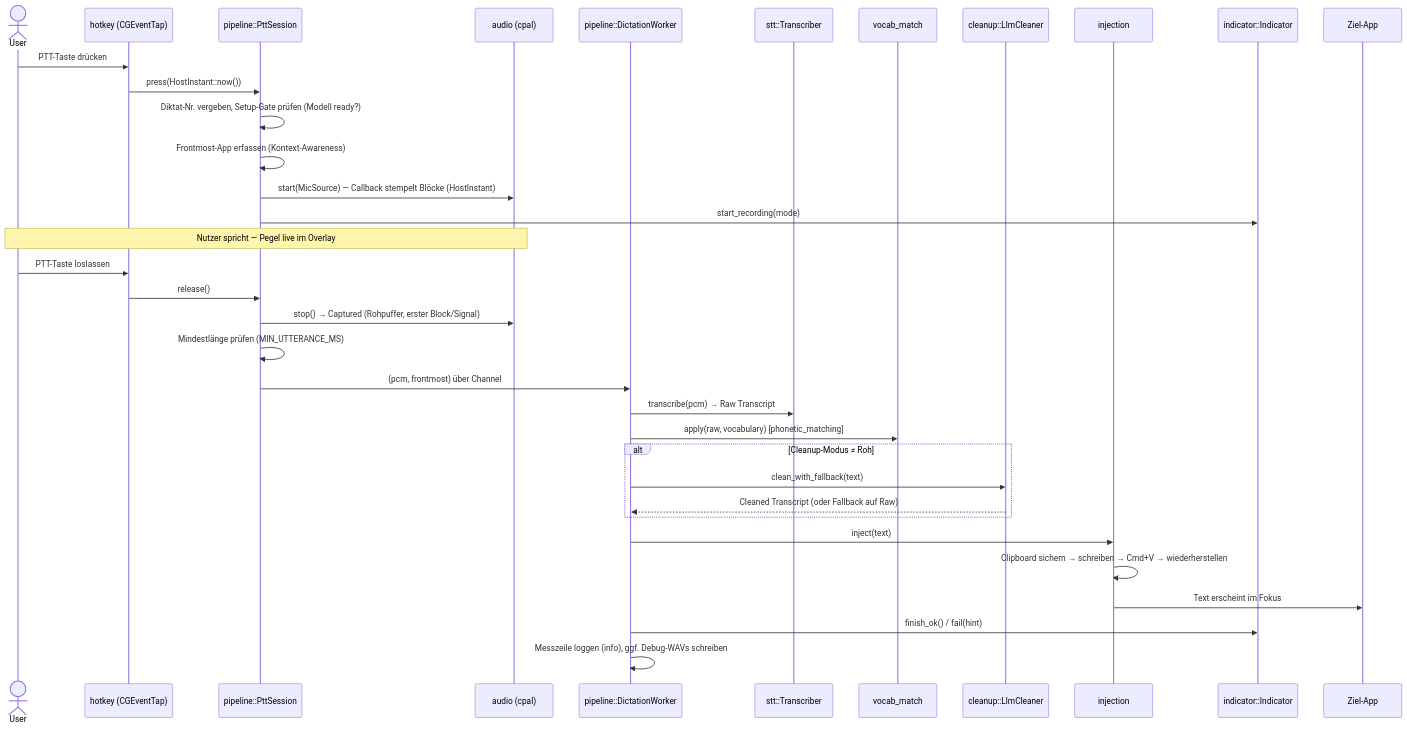
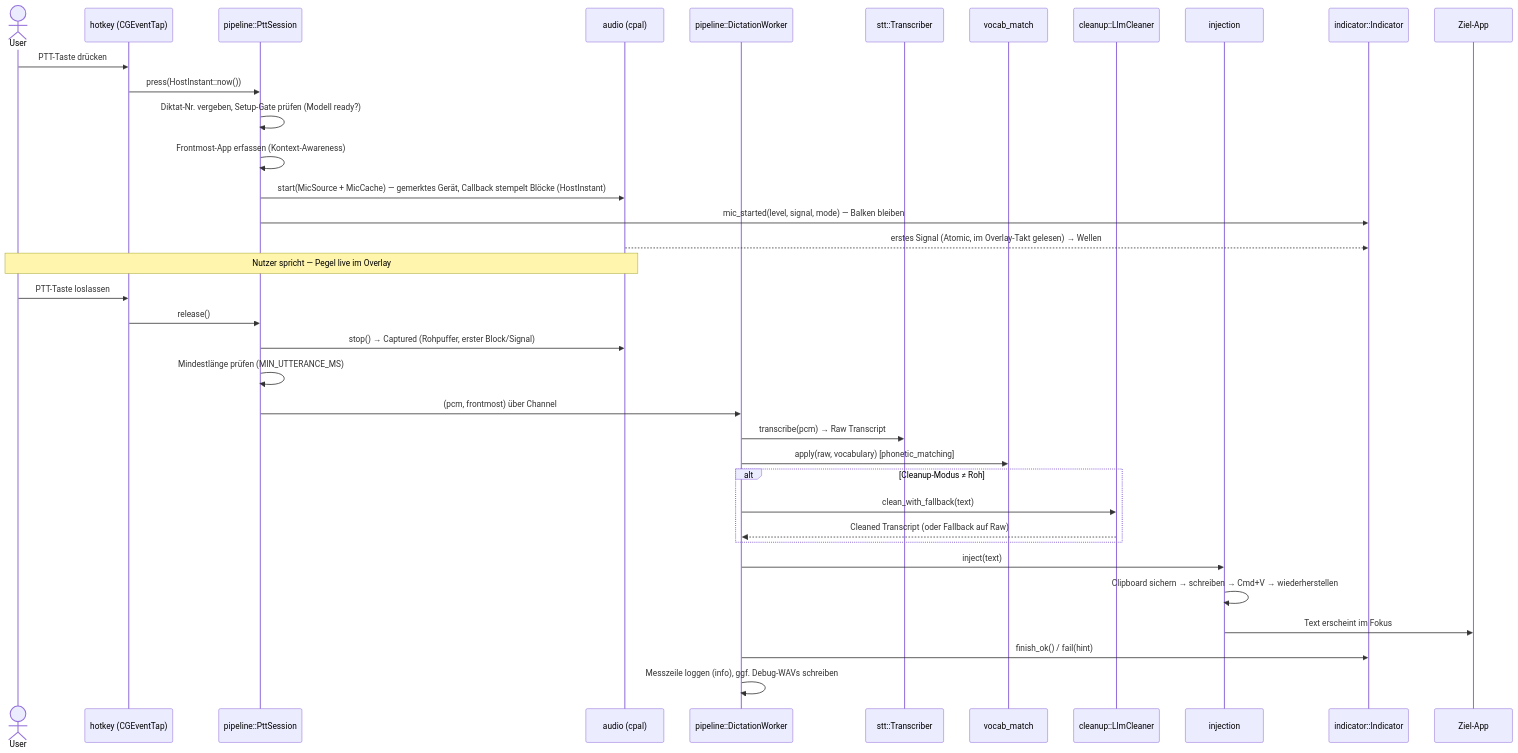
Before and after one commit to reneleban/talker: the second of 3 diagrams in docs/architecture/overview.md, drawn with Mermaid. The commit also changed other lines of this file and 35 other files, not shown here.

````diff
--- a/docs/architecture/overview.md
+++ b/docs/architecture/overview.md
@@ -88,39 +89,40 @@
 ```mermaid
 sequenceDiagram
     actor User
     participant Hotkey as hotkey (CGEventTap)
     participant Session as pipeline::PttSession
     participant Audio as audio (cpal)
     participant Worker as pipeline::DictationWorker
     participant STT as stt::Transcriber
     participant Vocab as vocab_match
     participant Cleanup as cleanup::LlmCleaner
     participant Injection as injection
     participant Indicator as indicator::Indicator
     participant TargetApp as Ziel-App
 
     User->>Hotkey: PTT-Taste drücken
     Hotkey->>Session: press(HostInstant::now())
     Session->>Session: Diktat-Nr. vergeben, Setup-Gate prüfen (Modell ready?)
     Session->>Session: Frontmost-App erfassen (Kontext-Awareness)
-    Session->>Audio: start(MicSource) — Callback stempelt Blöcke (HostInstant)
-    Session->>Indicator: start_recording(mode)
+    Session->>Audio: start(MicSource + MicCache) — gemerktes Gerät, Callback stempelt Blöcke (HostInstant)
+    Session->>Indicator: mic_started(level, signal, mode) — Balken bleiben
+    Audio-->>Indicator: erstes Signal (Atomic, im Overlay-Takt gelesen) → Wellen
     Note over User,Audio: Nutzer spricht — Pegel live im Overlay
 
     User->>Hotkey: PTT-Taste loslassen
     Hotkey->>Session: release()
     Session->>Audio: stop() → Captured (Rohpuffer, erster Block/Signal)
     Session->>Session: Mindestlänge prüfen (MIN_UTTERANCE_MS)
     Session->>Worker: (pcm, frontmost) über Channel
     Worker->>STT: transcribe(pcm) → Raw Transcript
     Worker->>Vocab: apply(raw, vocabulary) [phonetic_matching]
     alt Cleanup-Modus ≠ Roh
         Worker->>Cleanup: clean_with_fallback(text)
         Cleanup-->>Worker: Cleaned Transcript (oder Fallback auf Raw)
     end
     Worker->>Injection: inject(text)
     Injection->>Injection: Clipboard sichern → schreiben → Cmd+V → wiederherstellen
     Injection->>TargetApp: Text erscheint im Fokus
     Worker->>Indicator: finish_ok() / fail(hint)
     Worker->>Worker: Messzeile loggen (info), ggf. Debug-WAVs schreiben
 ```
````
